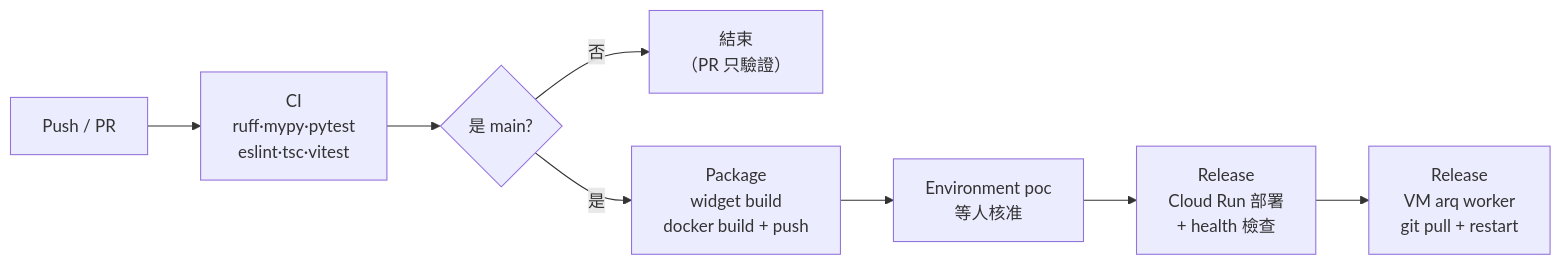
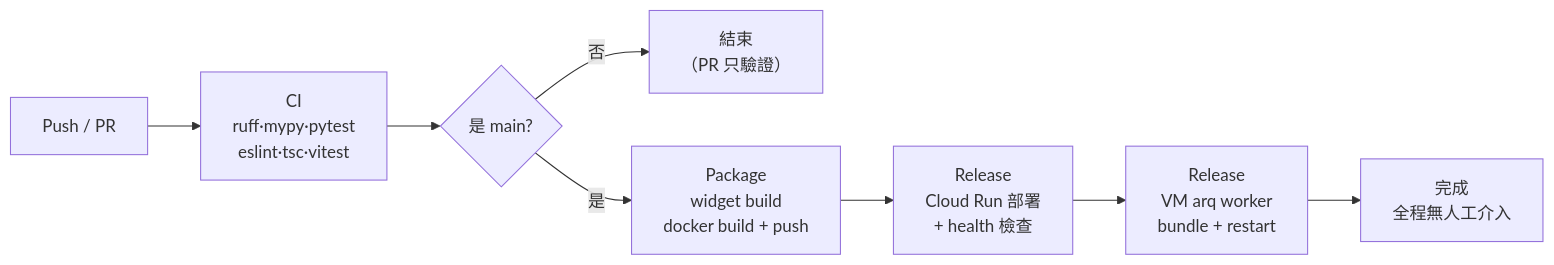
Before and after one commit to larry610881/agentic-rag-customer-service: the diagram in docs/azure-devops-setup.md, drawn with Mermaid. The commit also changed other lines of this file and 1 other file, not shown here.

First line of the commit message:
ci(infra): Azure 管線改全自動 — 拿掉核准閘門、Cloud Run 改合併式環境變數、worker 用 git bundle 同步 [no-migration]

````diff
--- a/docs/azure-devops-setup.md
+++ b/docs/azure-devops-setup.md
@@ -131,10 +149,10 @@
 ```mermaid
 graph LR
     A["Push / PR"] --> B["CI<br>ruff·mypy·pytest<br>eslint·tsc·vitest"]
     B --> C{"是 main?"}
     C -->|否| D["結束<br>（PR 只驗證）"]
     C -->|是| E["Package<br>widget build<br>docker build + push"]
-    E --> F["Environment poc<br>等人核准"]
-    F --> G["Release<br>Cloud Run 部署<br>+ health 檢查"]
-    G --> H["Release<br>VM arq worker<br>git pull + restart"]
+    E --> F["Release<br>Cloud Run 部署<br>+ health 檢查"]
+    F --> G["Release<br>VM arq worker<br>bundle + restart"]
+    G --> H["完成<br>全程無人工介入"]
 ```
````
